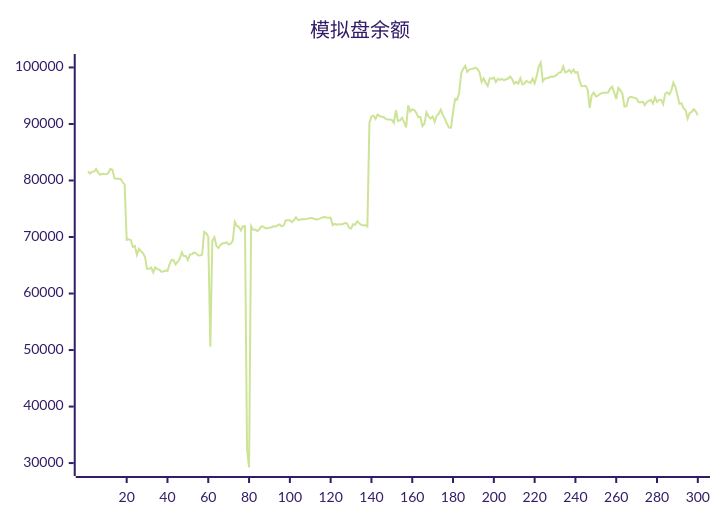
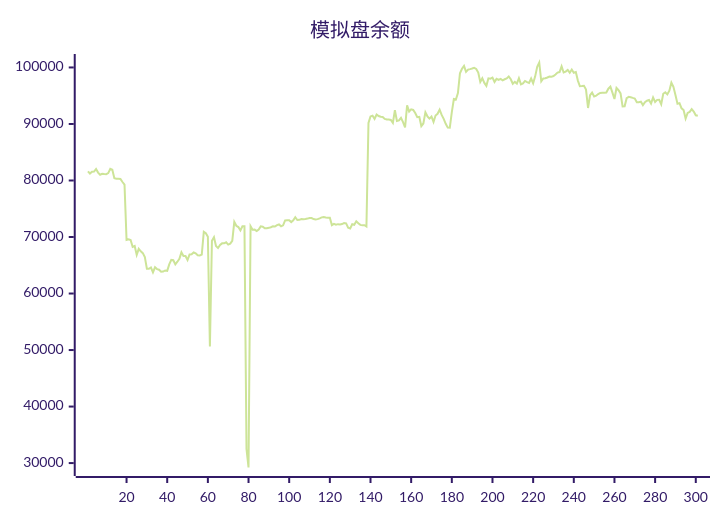
The diagram in README.md (aahl/ai-trading), drawn with Mermaid (forest theme) before and after one commit. The commit also changed other lines of this file and 1 other file, not shown here.

````diff
--- a/README.md
+++ b/README.md
@@ -5,5 +5,5 @@
 ```mermaid
 xychart
     title "模拟盘余额"
-    line [81625,81233,81544,81578,82016,81401,81019,81186,81130,81118,81306,82066,81909,80392,80304,80291,80258,79729,79261,69466,69579,69456,68251,68415,66832,67911,67462,67144,66432,64380,64375,64606,63740,64647,64324,64216,63842,63877,64078,64008,65156,65945,65888,65157,65625,66144,67284,66653,66639,65924,66925,66956,67263,67108,66766,66729,66886,70927,70673,70049,50652,69334,69973,68400,68061,68578,68876,68879,69055,68662,68822,69329,72687,71999,71760,71162,71911,71896,32500,29218,71927,71297,71305,71044,71337,71883,71822,71536,71536,71622,71723,71880,71860,72100,72216,71887,72077,72940,72976,72966,72638,72948,73497,73004,73041,73173,73160,73186,73258,73375,73351,73173,73098,73161,73305,73474,73536,73457,73413,73412,72100,72333,72164,72272,72204,72285,72461,72421,71652,71521,72267,72157,72774,72424,72144,72060,72091,71858,90185,91338,91466,90900,91678,91404,91268,91244,90903,90779,90787,90721,90187,92429,90518,90619,91070,90328,89376,93286,92202,92581,92485,91947,91196,91259,89619,90086,92063,91355,90950,91327,90373,91498,91800,92531,91603,90910,90031,89351,89334,92097,94406,94315,95455,98972,99763,100286,99229,99622,99701,99805,99938,99738,99082,97430,98094,97267,96741,98081,98013,98194,97447,97983,97789,97969,97729,97911,98043,98405,97912,97120,97448,97154,98095,97021,97190,97616,97402,97263,98035,97210,98424,100120,100876,97552,98049,98085,98228,98388,98342,98488,98750,99086,99181,100188,99107,99272,99553,99072,99636,99061,99186,97674,96679,96704,96743,96096,92830,95088,95560,94866,94995,95295,95497,95531,95527,95559,96236,96597,95538,94422,96363,95972,95418,93094,93128,94558,94795,94727,94611,94508,93857,93852,93954,93340,93862,94112,94249,93603,94682,93898,94267,94288,93490,95337,95601,95226,95879,97301,96573,95113,93569,93681,92773,92453,90952,91954,92130,92637,92209,91536]
+    line [81625,81233,81544,81578,82016,81401,81019,81186,81130,81118,81306,82066,81909,80392,80304,80291,80258,79729,79261,69466,69579,69456,68251,68415,66832,67911,67462,67144,66432,64380,64375,64606,63740,64647,64324,64216,63842,63877,64078,64008,65156,65945,65888,65157,65625,66144,67284,66653,66639,65924,66925,66956,67263,67108,66766,66729,66886,70927,70673,70049,50652,69334,69973,68400,68061,68578,68876,68879,69055,68662,68822,69329,72687,71999,71760,71162,71911,71896,32500,29218,71927,71297,71305,71044,71337,71883,71822,71536,71536,71622,71723,71880,71860,72100,72216,71887,72077,72940,72976,72966,72638,72948,73497,73004,73041,73173,73160,73186,73258,73375,73351,73173,73098,73161,73305,73474,73536,73457,73413,73412,72100,72333,72164,72272,72204,72285,72461,72421,71652,71521,72267,72157,72774,72424,72144,72060,72091,71858,90185,91338,91466,90900,91678,91404,91268,91244,90903,90779,90787,90721,90187,92429,90518,90619,91070,90328,89376,93286,92202,92581,92485,91947,91196,91259,89619,90086,92063,91355,90950,91327,90373,91498,91800,92531,91603,90910,90031,89351,89334,92097,94406,94315,95455,98972,99763,100286,99229,99622,99701,99805,99938,99738,99082,97430,98094,97267,96741,98081,98013,98194,97447,97983,97789,97969,97729,97911,98043,98405,97912,97120,97448,97154,98095,97021,97190,97616,97402,97263,98035,97210,98424,100120,100876,97552,98049,98085,98228,98388,98342,98488,98750,99086,99181,100188,99107,99272,99553,99072,99636,99061,99186,97674,96679,96704,96743,96096,92830,95088,95560,94866,94995,95295,95497,95531,95527,95559,96236,96597,95538,94422,96363,95972,95418,93094,93128,94558,94795,94727,94611,94508,93857,93852,93954,93340,93862,94112,94249,93603,94682,93898,94267,94288,93490,95337,95601,95226,95879,97301,96573,95113,93569,93681,92773,92453,90952,91954,92130,92637,92209,91536,91462]
 ```
````
